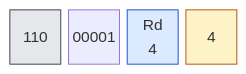
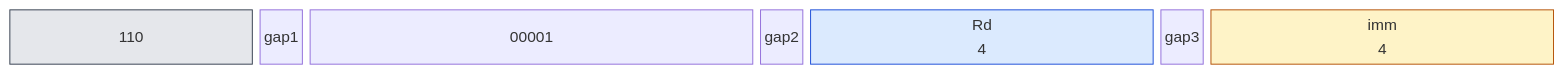
One commit to olfp/Deep16 changed the sixth of 32 diagrams in book/kap03.md. Above: the diagram before and after it, drawn with Mermaid. The commit also changed other lines of this file and 1 other file, not shown here.

Commit message:
book(kap03): Weitere Befehlsdiagramme auf 31-Spalten-Layout umgestellt

````diff
--- a/book/kap03.md
+++ b/book/kap03.md
@@ -233,17 +236,20 @@
 ```mermaid
 block-beta
-  columns 4
+  columns 31
   classDef op fill:#e5e7eb,stroke:#374151
   classDef reg fill:#dbeafe,stroke:#1d4ed8
   classDef imm fill:#fef3c7,stroke:#b45309
   classDef off fill:#dcfce7,stroke:#15803d
   classDef seg fill:#ede9fe,stroke:#6d28d9
   classDef all fill:#fee2e2,stroke:#b91c1c
-  b0["110"]:1
-  b1["00001"]:1
-  b2["Rd<br/>4"]:1
-  b3["4"]:1
+  b0["110"]:5
+  gap1:1
+  b1["00001"]:9
+  gap2:1
+  b2["Rd<br/>4"]:7
+  gap3:1
+  b3["imm<br/>4"]:7
   class b0 b1 op
   class b2 reg
   class b3 imm
 ```
````
